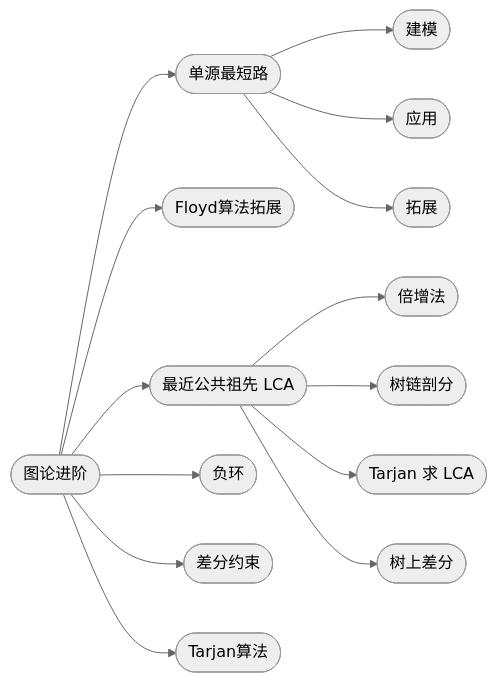
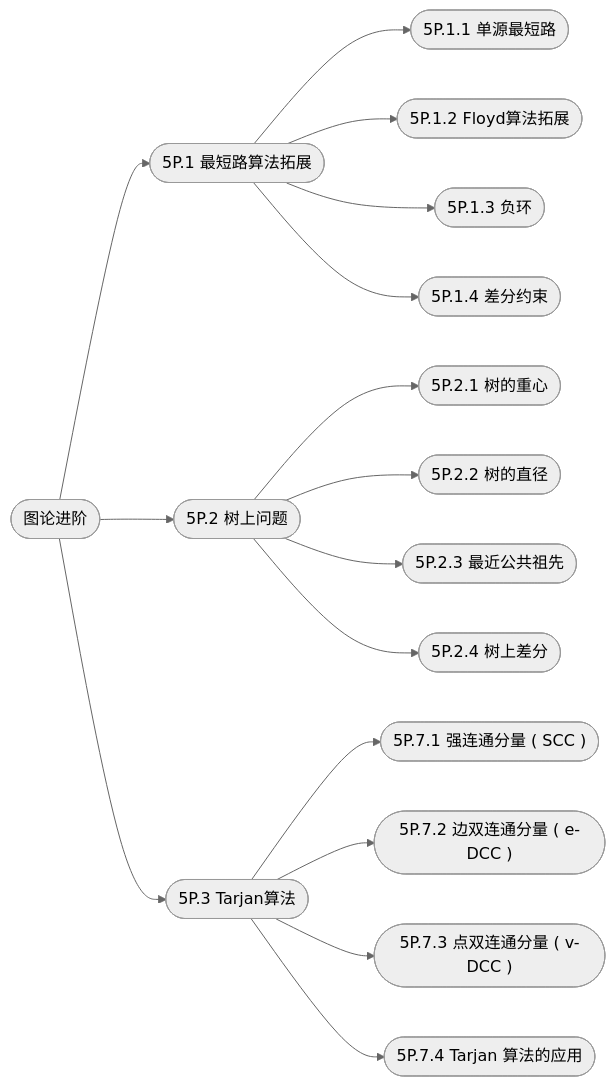
The diagram in 5P-图论进阶/index.md (cuberxl/Coders-Note), drawn with Mermaid (neutral theme) before and after one commit. The commit also changed other lines of this file and 47 other files, not shown here.

````diff
--- a/5P-图论进阶/index.md
+++ b/5P-图论进阶/index.md
@@ -26,17 +23,19 @@
 ```mermaid
 flowchart LR
     R(["图论进阶"])
-    R --> N1(["单源最短路"])
-    N1 --> N1_1(["建模"])
-    N1 --> N1_2(["应用"])
-    N1 --> N1_3(["拓展"])
-    R --> N2(["Floyd算法拓展"])
-    R --> N3(["最近公共祖先 LCA"])
-    N3 --> N3_1(["倍增法"])
-    N3 --> N3_2(["树链剖分"])
-    N3 --> N3_3(["Tarjan 求 LCA"])
-    N3 --> N3_4(["树上差分"])
-    R --> N4(["负环"])
-    R --> N5(["差分约束"])
-    R --> N6(["Tarjan算法"])
+    R --> N1(["5P.1 最短路算法拓展"])
+    N1 --> N1_1(["5P.1.1 单源最短路"])
+    N1 --> N1_2(["5P.1.2 Floyd算法拓展"])
+    N1 --> N1_3(["5P.1.3 负环"])
+    N1 --> N1_4(["5P.1.4 差分约束"])
+    R --> N2(["5P.2 树上问题"])
+    N2 --> N2_1(["5P.2.1 树的重心"])
+    N2 --> N2_2(["5P.2.2 树的直径"])
+    N2 --> N2_3(["5P.2.3 最近公共祖先"])
+    N2 --> N2_4(["5P.2.4 树上差分"])
+    R --> N3(["5P.3 Tarjan算法"])
+    N3 --> N3_1(["5P.7.1 强连通分量 ( SCC )"])
+    N3 --> N3_2(["5P.7.2 边双连通分量 ( e-DCC )"])
+    N3 --> N3_3(["5P.7.3 点双连通分量 ( v-DCC )"])
+    N3 --> N3_4(["5P.7.4 Tarjan 算法的应用"])
 ```
````
